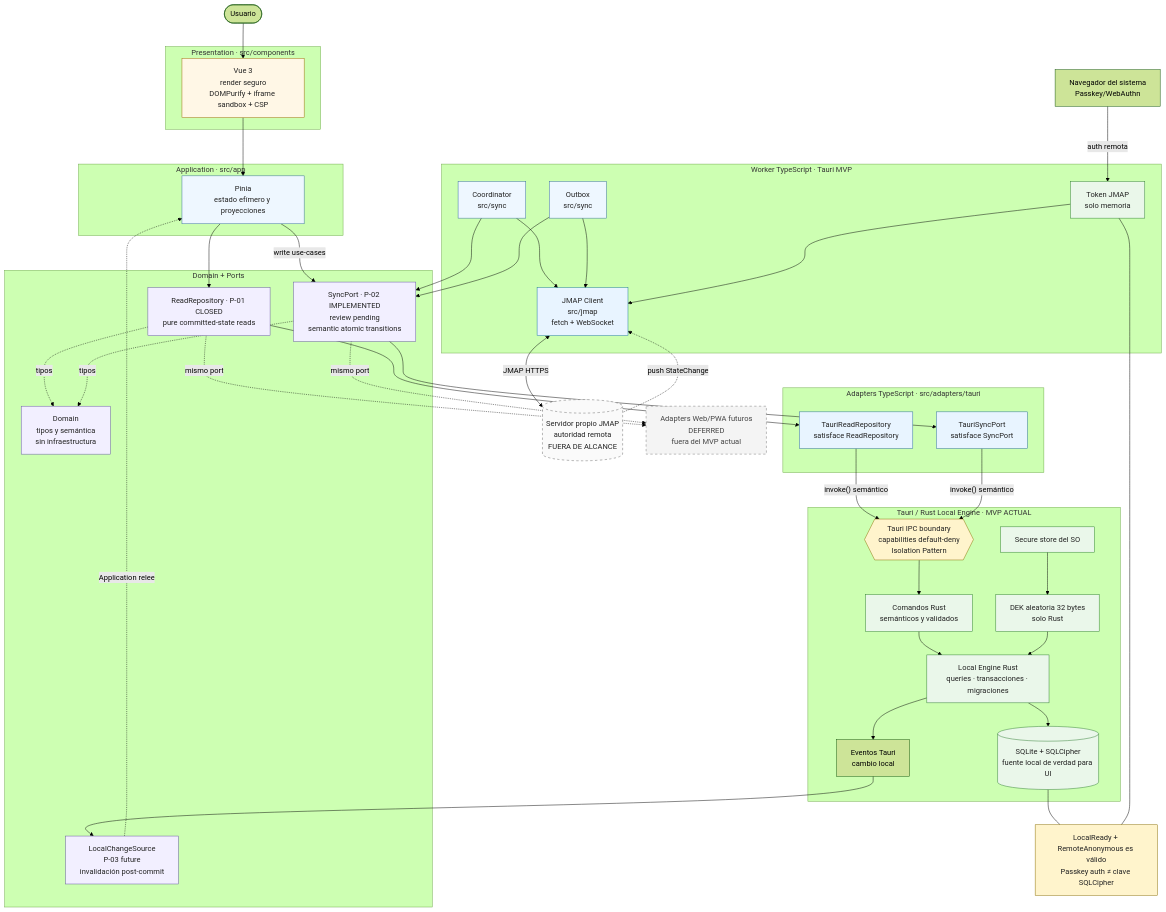
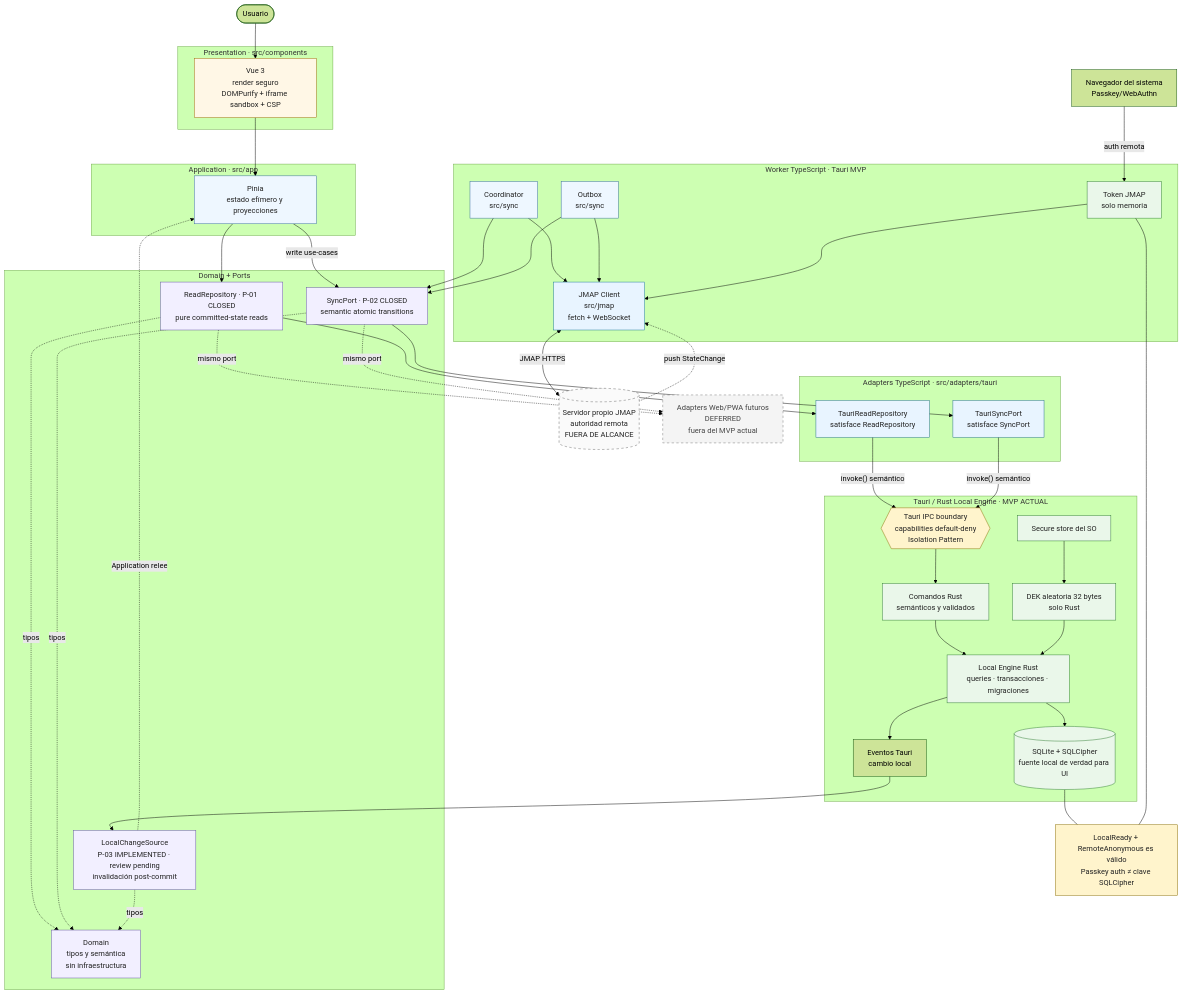
The diagram in docs/diagrams/layers-components.mmd (sebastiandperez/Correo-Boxplot), drawn with Mermaid (forest theme) before and after one commit. The commit also changed 10 other files, not shown here.

```diff
--- a/docs/diagrams/layers-components.mmd
+++ b/docs/diagrams/layers-components.mmd
@@ -1,104 +1,105 @@
 flowchart TD
     User(["Usuario"])
 
     subgraph Presentation["Presentation · src/components"]
         UI["Vue 3<br/>render seguro<br/>DOMPurify + iframe sandbox + CSP"]
     end
 
     subgraph Application["Application · src/app"]
         State["Pinia<br/>estado efímero y proyecciones"]
     end
 
     subgraph Core["Domain + Ports"]
         Domain["Domain<br/>tipos y semántica<br/>sin infraestructura"]
         ReadRepo["ReadRepository · P-01 CLOSED<br/>pure committed-state reads"]
-        SyncPort["SyncPort · P-02 IMPLEMENTED<br/>review pending<br/>semantic atomic transitions"]
-        ChangeSource["LocalChangeSource<br/>P-03 future<br/>invalidación post-commit"]
+        SyncPort["SyncPort · P-02 CLOSED<br/>semantic atomic transitions"]
+        ChangeSource["LocalChangeSource<br/>P-03 IMPLEMENTED · review pending<br/>invalidación post-commit"]
 
         ReadRepo -.->|"tipos"| Domain
         SyncPort -.->|"tipos"| Domain
+        ChangeSource -.->|"tipos"| Domain
     end
 
     subgraph TauriAdapters["Adapters TypeScript · src/adapters/tauri"]
         ReadAdapter["TauriReadRepository<br/>satisface ReadRepository"]
         SyncAdapter["TauriSyncPort<br/>satisface SyncPort"]
     end
 
     subgraph Native["Tauri / Rust Local Engine · MVP ACTUAL"]
         IPC{{"Tauri IPC boundary<br/>capabilities default-deny<br/>Isolation Pattern"}}
         Commands["Comandos Rust<br/>semánticos y validados"]
         Rust["Local Engine Rust<br/>queries · transacciones · migraciones"]
         DB[("SQLite + SQLCipher<br/>fuente local de verdad para UI")]
         Secret["Secure store del SO"]
         DEK["DEK aleatoria 32 bytes<br/>solo Rust"]
         Events["Eventos Tauri<br/>cambio local"]
 
         IPC --> Commands
         Commands --> Rust
         Secret --> DEK
         DEK --> Rust
         Rust --> DB
         Rust --> Events
     end
 
     subgraph Background["Worker TypeScript · Tauri MVP"]
         Coordinator["Coordinator<br/>src/sync"]
         Outbox["Outbox<br/>src/sync"]
         JMAP["JMAP Client<br/>src/jmap<br/>fetch + WebSocket"]
         Token["Token JMAP<br/>solo memoria"]
 
         Coordinator --> JMAP
         Outbox --> JMAP
         Token --> JMAP
     end
 
     Browser["Navegador del sistema<br/>Passkey/WebAuthn"]
     Server[("Servidor propio JMAP<br/>autoridad remota<br/>FUERA DE ALCANCE")]
     WebFuture["Adapters Web/PWA futuros<br/>DEFERRED<br/>fuera del MVP actual"]
     LocalNote["LocalReady + RemoteAnonymous es válido<br/>Passkey auth ≠ clave SQLCipher"]
 
     User --> UI
     UI --> State
     State --> ReadRepo
     State -->|"write use-cases"| SyncPort
     ReadRepo --> ReadAdapter
     ReadAdapter -->|"invoke() semántico"| IPC
 
     Events --> ChangeSource
     ChangeSource -.->|"Application relee"| State
 
     Coordinator --> SyncPort
     Outbox --> SyncPort
     SyncPort --> SyncAdapter
     SyncAdapter -->|"invoke() semántico"| IPC
 
     Browser -->|"auth remota"| Token
     JMAP <-->|"JMAP HTTPS"| Server
     Server -.->|"push StateChange"| JMAP
 
     ReadRepo -.->|"mismo port"| WebFuture
     SyncPort -.->|"mismo port"| WebFuture
 
     DB --- LocalNote
     Token --- LocalNote
 
     classDef presentation fill:#fff7e6,stroke:#9a6700,color:#222;
     classDef application fill:#eef7ff,stroke:#336b99,color:#222;
     classDef core fill:#f2efff,stroke:#6554a4,color:#222;
     classDef adapter fill:#e8f4ff,stroke:#246b91,color:#222;
     classDef sync fill:#eef7ff,stroke:#336b99,color:#222;
     classDef remote fill:#e8f4ff,stroke:#1b7698,color:#222;
     classDef secure fill:#eaf7ea,stroke:#2f7d32,color:#222;
     classDef deferred fill:#f4f4f4,stroke:#777,stroke-dasharray:5 5,color:#444;
     classDef boundary fill:#fff4cc,stroke:#8a6d00,color:#222;
     classDef external fill:#fafafa,stroke:#666,stroke-dasharray:5 5,color:#222;
     class UI presentation;
     class State application;
     class Coordinator,Outbox sync;
     class JMAP remote;
     class Domain,ReadRepo,SyncPort,ChangeSource core;
     class ReadAdapter,SyncAdapter adapter;
     class Commands,Rust,DB,Secret,DEK,Token secure;
     class WebFuture deferred;
     class IPC,LocalNote boundary;
     class Server external;
```
